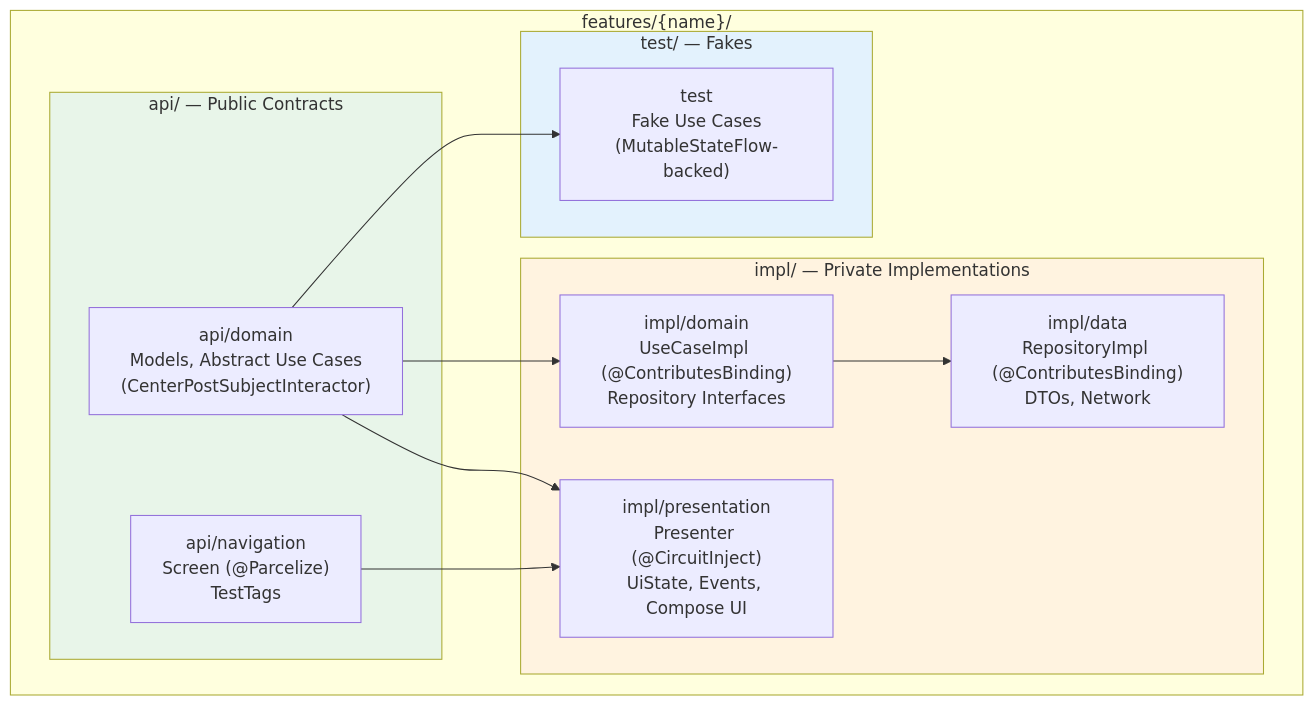
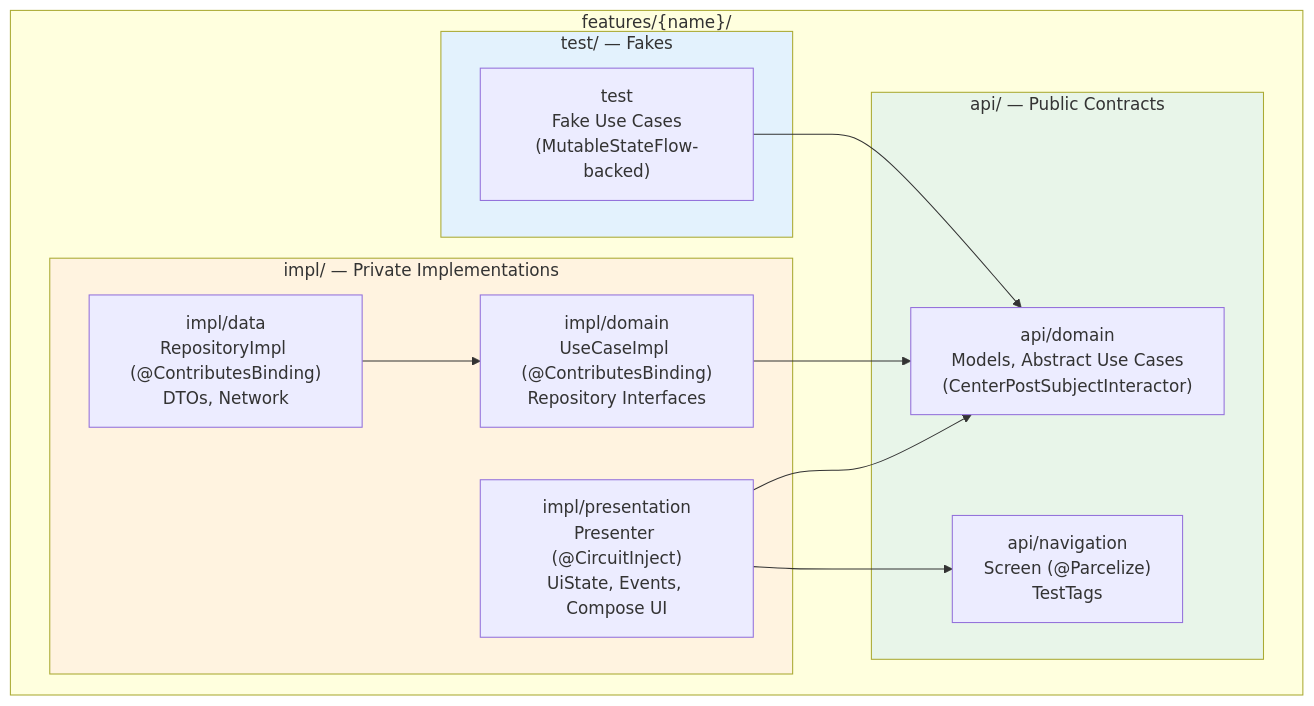
One commit to jkjamies/MockDonalds changed the second of 3 diagrams in .agents/standards/architecture.md. Above: the diagram before and after it, drawn with Mermaid. The commit also changed other lines of this file and 19 other files, not shown here.

````diff
--- a/.agents/standards/architecture.md
+++ b/.agents/standards/architecture.md
@@ -161,29 +161,29 @@
 ```mermaid
 graph TB
     subgraph feature["features/{name}/"]
         subgraph api["api/ — Public Contracts"]
             ApiDomain["api/domain<br/>Models, Abstract Use Cases<br/>(CenterPostSubjectInteractor)"]
             ApiNav["api/navigation<br/>Screen (@Parcelize)<br/>TestTags"]
         end
 
         subgraph impl["impl/ — Private Implementations"]
             ImplDomain["impl/domain<br/>UseCaseImpl (@ContributesBinding)<br/>Repository Interfaces"]
             ImplData["impl/data<br/>RepositoryImpl (@ContributesBinding)<br/>DTOs, Network"]
             ImplPres["impl/presentation<br/>Presenter (@CircuitInject)<br/>UiState, Events, Compose UI"]
         end
 
         subgraph test["test/ — Fakes"]
             TestMod["test<br/>Fake Use Cases<br/>(MutableStateFlow-backed)"]
         end
     end
 
-    ApiDomain --> ImplDomain
-    ImplDomain --> ImplData
-    ApiDomain --> ImplPres
-    ApiNav --> ImplPres
-    ApiDomain --> TestMod
+    ImplDomain --> ApiDomain
+    ImplData --> ImplDomain
+    ImplPres --> ApiDomain
+    ImplPres --> ApiNav
+    TestMod --> ApiDomain
 
     style api fill:#e8f5e9
     style impl fill:#fff3e0
     style test fill:#e3f2fd
 ```
````
